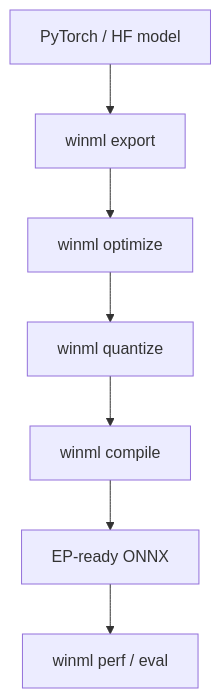
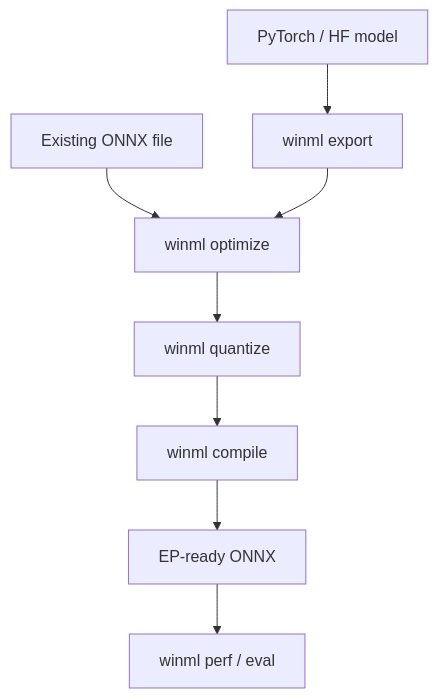
Before and after one commit to microsoft/winml-cli: the diagram in docs/concepts/how-it-works.md, drawn with Mermaid.

Commit message:
docs: add ONNX input entry point to pipeline diagram
Show both paths: HF model → export → optimize, and existing ONNX → optimize.

````diff
--- a/docs/concepts/how-it-works.md
+++ b/docs/concepts/how-it-works.md
@@ -16,9 +16,10 @@
 ```mermaid
 flowchart TD
     A[PyTorch / HF model] --> B[winml export]
+    O[Existing ONNX file] --> C
     B --> C[winml optimize]
     C --> D[winml quantize]
     D --> E[winml compile]
     E --> F[EP-ready ONNX]
     F --> G[winml perf / eval]
 ```
````
